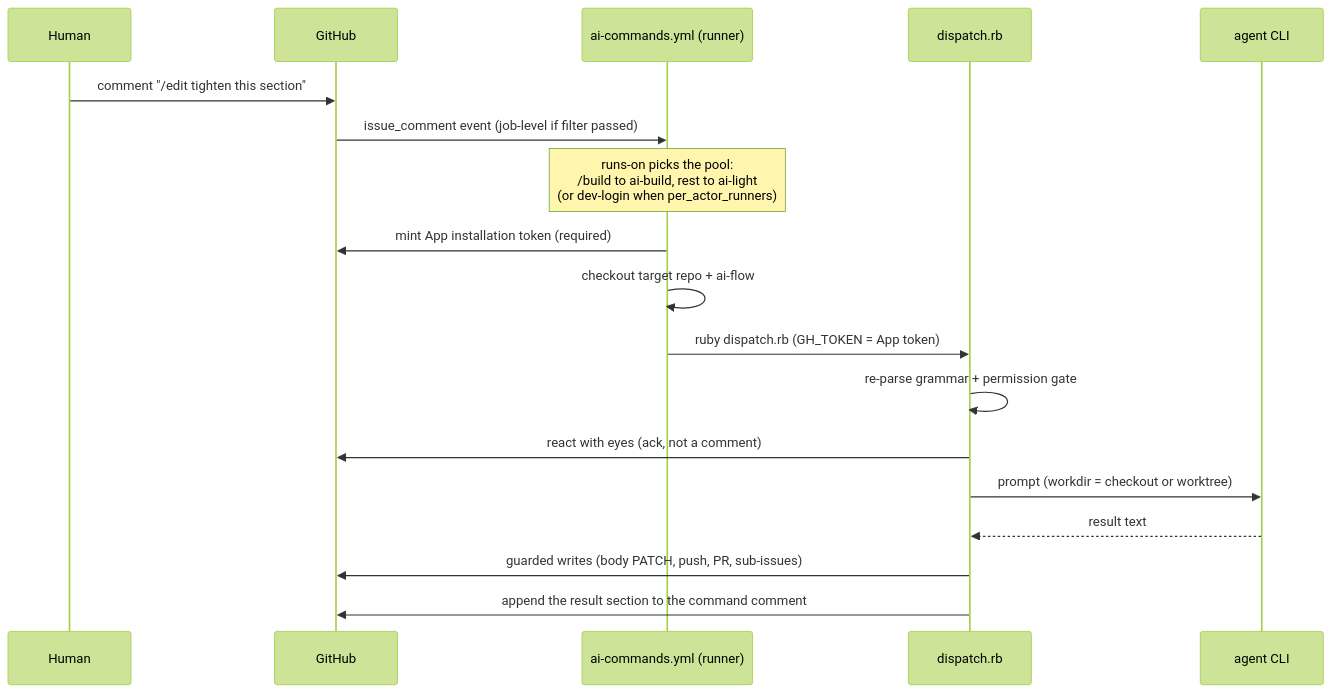
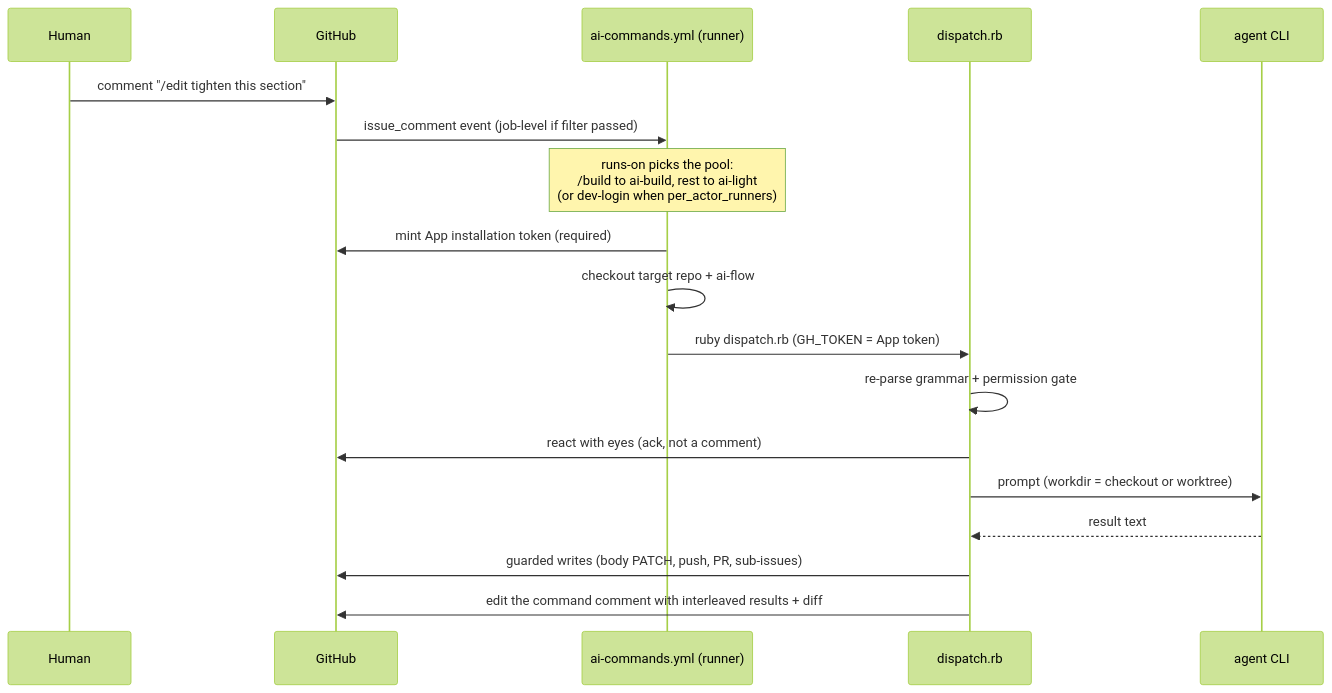
One commit to d3mlabs/ai-flow changed the second of 5 diagrams in docs/architecture.md. Above: the diagram before and after it, drawn with Mermaid (forest theme). The commit also changed other lines of this file and 7 other files, not shown here.

````diff
--- a/docs/architecture.md
+++ b/docs/architecture.md
@@ -65,21 +65,21 @@
 ```mermaid
 sequenceDiagram
     participant Human
     participant GitHub
     participant Workflow as ai-commands.yml (runner)
     participant Dispatcher as dispatch.rb
     participant Agent as agent CLI
 
     Human->>GitHub: comment "/edit tighten this section"
     GitHub->>Workflow: issue_comment event (job-level if filter passed)
     Note over Workflow: runs-on picks the pool:<br/>/build to ai-build, rest to ai-light<br/>(or dev-login when per_actor_runners)
     Workflow->>GitHub: mint App installation token (required)
     Workflow->>Workflow: checkout target repo + ai-flow
     Workflow->>Dispatcher: ruby dispatch.rb (GH_TOKEN = App token)
     Dispatcher->>Dispatcher: re-parse grammar + permission gate
     Dispatcher->>GitHub: react with eyes (ack, not a comment)
     Dispatcher->>Agent: prompt (workdir = checkout or worktree)
     Agent-->>Dispatcher: result text
     Dispatcher->>GitHub: guarded writes (body PATCH, push, PR, sub-issues)
-    Dispatcher->>GitHub: append the result section to the command comment
+    Dispatcher->>GitHub: edit the command comment with interleaved results + diff
 ```
````
